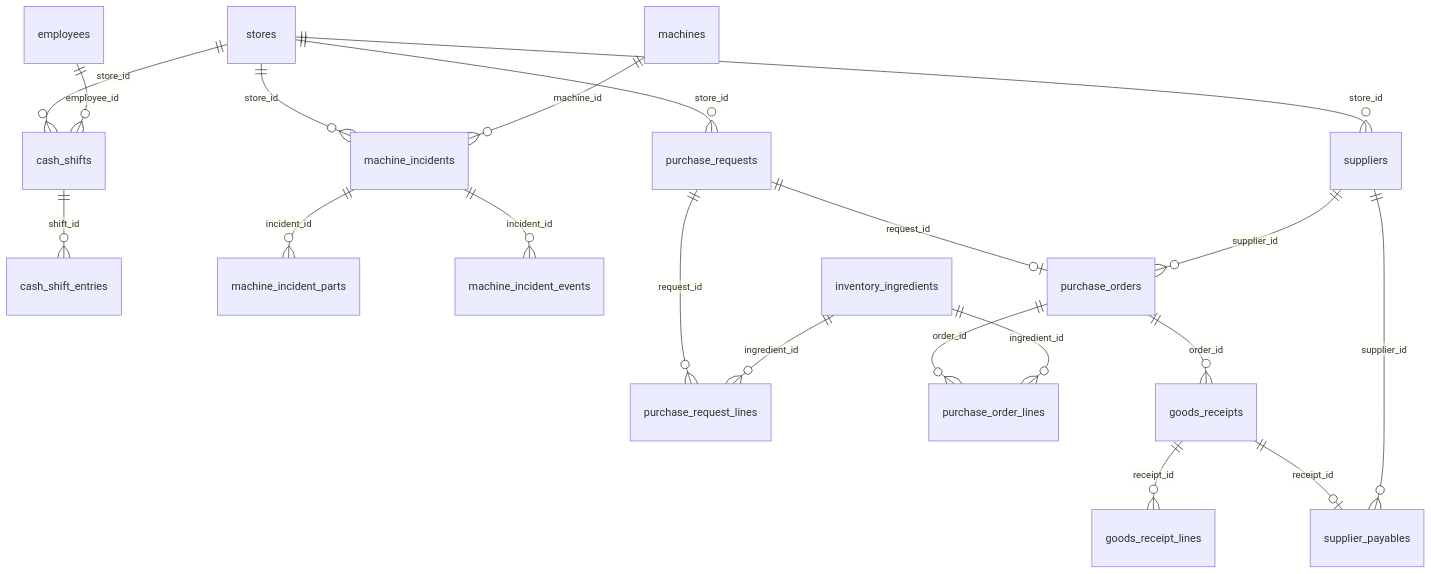
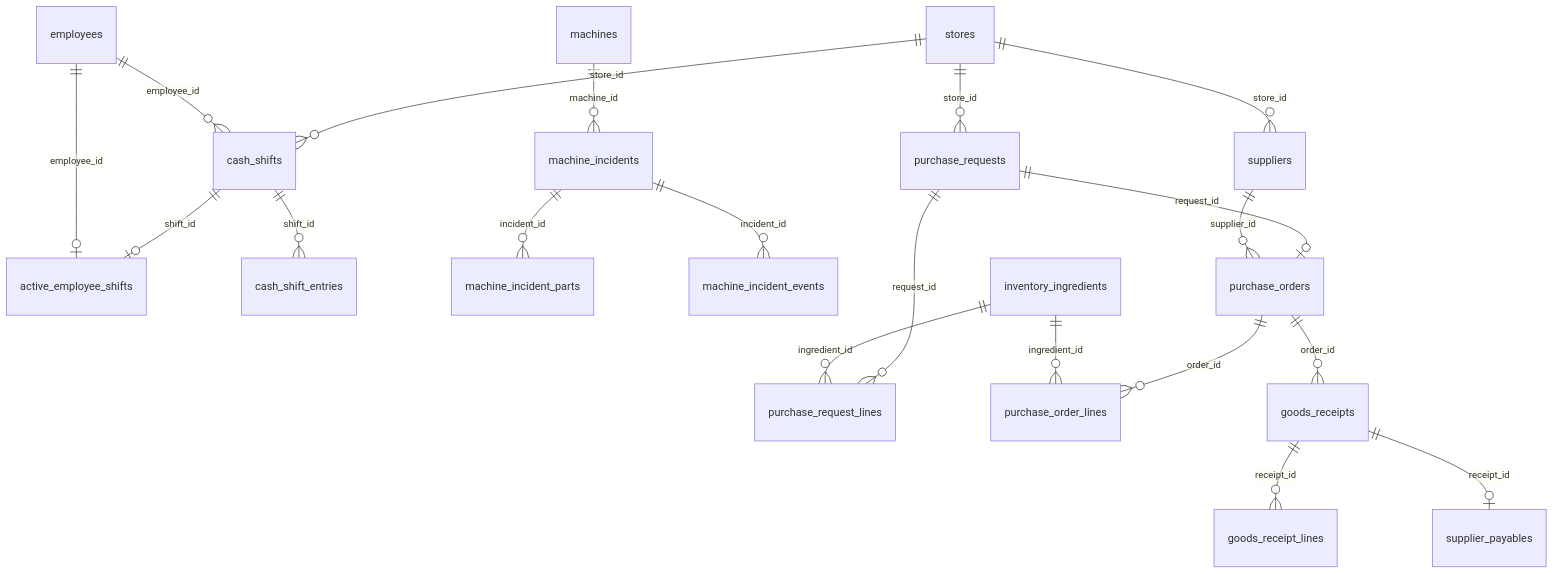
Before and after one commit to hoanganh1601/cyberhub-manager: the fourth of 6 diagrams in docs/diagrams/current_erd.md, drawn with Mermaid. The commit also changed other lines of this file and 47 other files, not shown here.

Commit message:
feat(db): enforce strict 3NF schema and MySQL integrity guards (028-030)

````diff
--- a/docs/diagrams/current_erd.md
+++ b/docs/diagrams/current_erd.md
@@ -110,22 +115,22 @@
 ```mermaid
 erDiagram
     stores ||--o{ cash_shifts : store_id
     employees ||--o{ cash_shifts : employee_id
+    cash_shifts ||--o| active_employee_shifts : shift_id
+    employees ||--o| active_employee_shifts : employee_id
     cash_shifts ||--o{ cash_shift_entries : shift_id
-    stores ||--o{ machine_incidents : store_id
     machines ||--o{ machine_incidents : machine_id
     machine_incidents ||--o{ machine_incident_parts : incident_id
     machine_incidents ||--o{ machine_incident_events : incident_id
     stores ||--o{ suppliers : store_id
     stores ||--o{ purchase_requests : store_id
     purchase_requests ||--o{ purchase_request_lines : request_id
     inventory_ingredients ||--o{ purchase_request_lines : ingredient_id
     purchase_requests ||--o| purchase_orders : request_id
     suppliers ||--o{ purchase_orders : supplier_id
     purchase_orders ||--o{ purchase_order_lines : order_id
     inventory_ingredients ||--o{ purchase_order_lines : ingredient_id
     purchase_orders ||--o{ goods_receipts : order_id
     goods_receipts ||--o{ goods_receipt_lines : receipt_id
     goods_receipts ||--o| supplier_payables : receipt_id
-    suppliers ||--o{ supplier_payables : supplier_id
 ```
````
